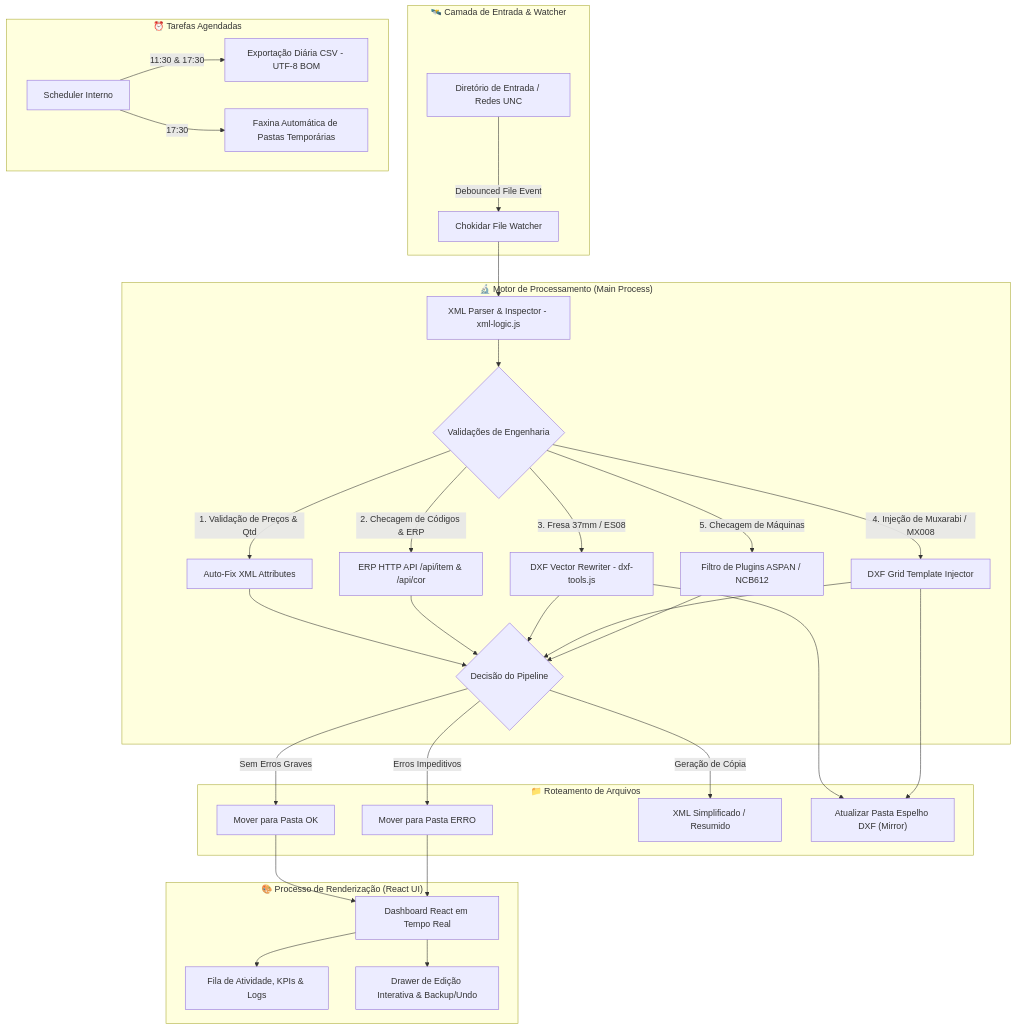
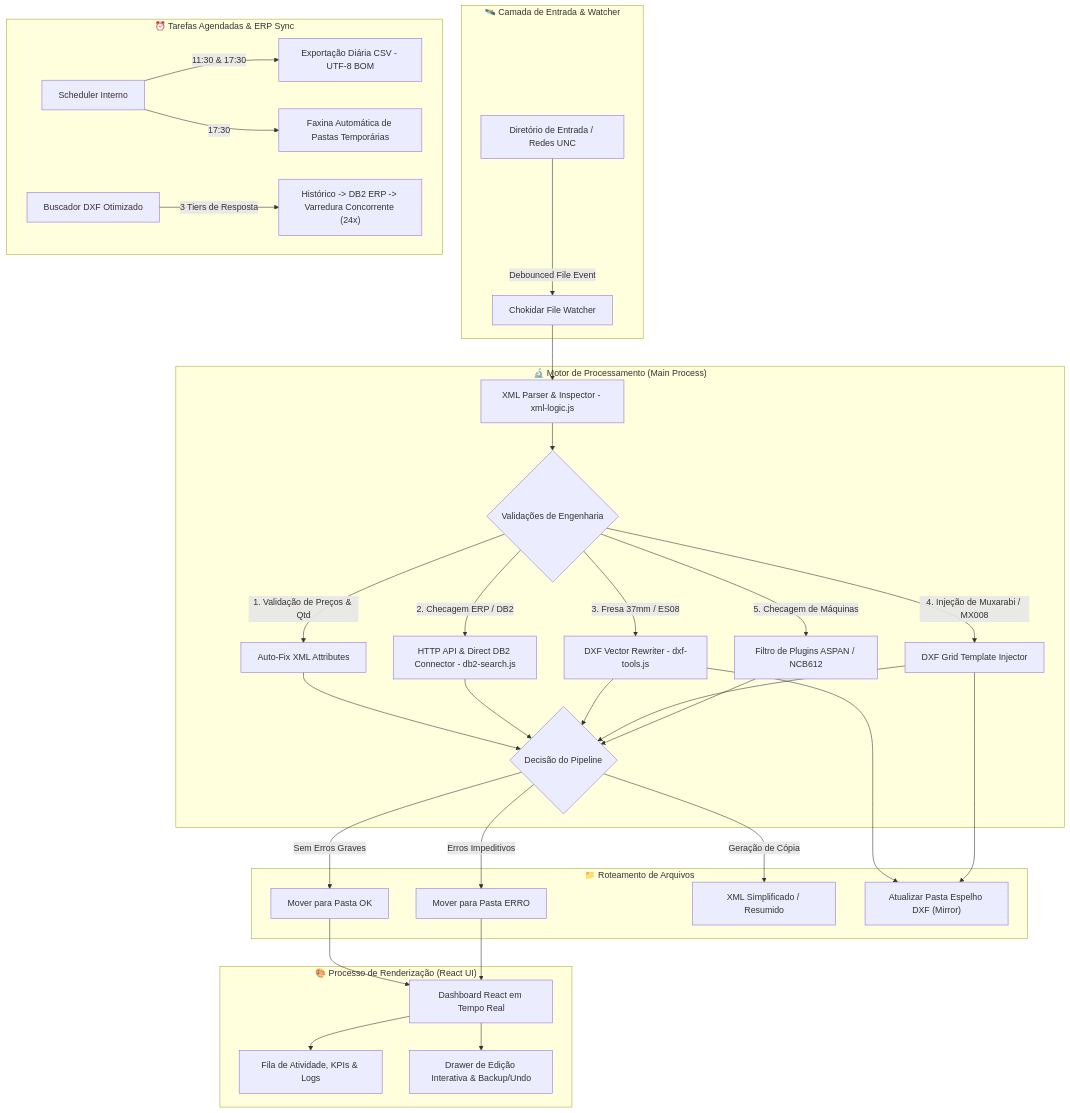
Before and after one commit to betolara1/Bartz-Analyzer: the diagram in README.md, drawn with Mermaid. The commit also changed other lines of this file, not shown here.

````diff
--- a/README.md
+++ b/README.md
@@ -49,43 +50,44 @@
 ```mermaid
 graph TD
     subgraph Monitoramento ["🛰️ Camada de Entrada & Watcher"]
         A["Diretório de Entrada / Redes UNC"] -->|Debounced File Event| B["Chokidar File Watcher"]
     end
 
     subgraph CoreEngine ["🔬 Motor de Processamento (Main Process)"]
         B --> C["XML Parser & Inspector - xml-logic.js"]
         C --> D{"Validações de Engenharia"}
         
         D -->|1. Validação de Preços & Qtd| E["Auto-Fix XML Attributes"]
-        D -->|2. Checagem de Códigos & ERP| F["ERP HTTP API /api/item & /api/cor"]
+        D -->|2. Checagem ERP / DB2| F["HTTP API & Direct DB2 Connector - db2-search.js"]
         D -->|3. Fresa 37mm / ES08| G["DXF Vector Rewriter - dxf-tools.js"]
         D -->|4. Injeção de Muxarabi / MX008| H["DXF Grid Template Injector"]
         D -->|5. Checagem de Máquinas| I["Filtro de Plugins ASPAN / NCB612"]
         
         E --> J{"Decisão do Pipeline"}
         F --> J
         G --> J
         H --> J
         I --> J
     end
 
     subgraph OutputRouting ["📁 Roteamento de Arquivos"]
         J -->|Sem Erros Graves| K["Mover para Pasta OK"]
         J -->|Erros Impeditivos| L["Mover para Pasta ERRO"]
         J -->|Geração de Cópia| M["XML Simplificado / Resumido"]
         G --> N["Atualizar Pasta Espelho DXF (Mirror)"]
         H --> N
     end
 
     subgraph UserInterface ["🎨 Processo de Renderização (React UI)"]
         K --> O["Dashboard React em Tempo Real"]
         L --> O
         O --> P["Fila de Atividade, KPIs & Logs"]
         O --> Q["Drawer de Edição Interativa & Backup/Undo"]
     end
 
-    subgraph Automation ["⏰ Tarefas Agendadas"]
+    subgraph Automation ["⏰ Tarefas Agendadas & ERP Sync"]
         R["Scheduler Interno"] -->|11:30 & 17:30| S["Exportação Diária CSV - UTF-8 BOM"]
         R -->|17:30| T["Faxina Automática de Pastas Temporárias"]
+        U["Buscador DXF Otimizado"] -->|3 Tiers de Resposta| V["Histórico -> DB2 ERP -> Varredura Concorrente (24x)"]
     end
 ```
````
